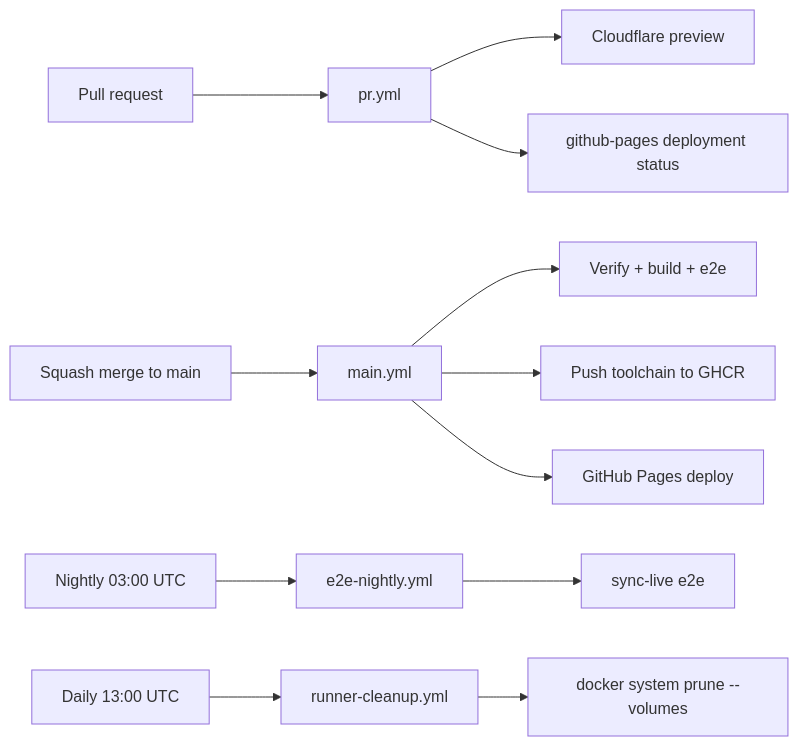
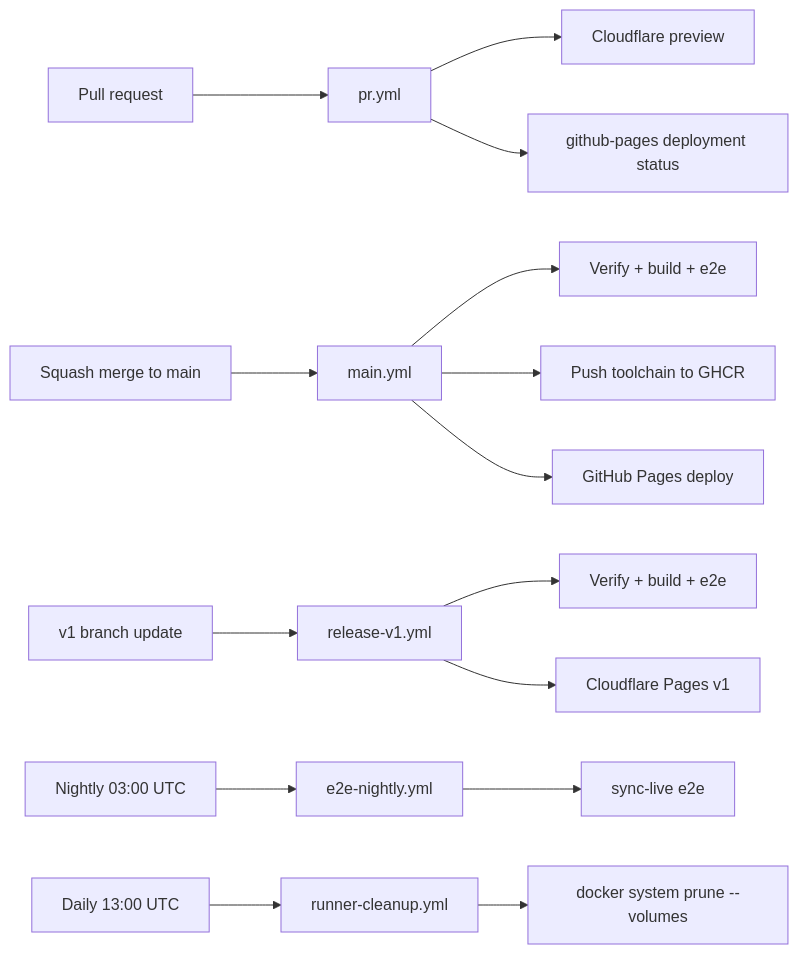
Before and after one commit to meta-secret/nook: the diagram in .cortex/workflows/ci-pipeline.md, drawn with Mermaid. The commit also changed other lines of this file and 17 other files, not shown here.

````diff
--- a/.cortex/workflows/ci-pipeline.md
+++ b/.cortex/workflows/ci-pipeline.md
@@ -15,17 +16,21 @@
 ```mermaid
 flowchart LR
   PR[Pull request] --> pr_yml[pr.yml]
   pr_yml --> preview[Cloudflare preview]
   pr_yml --> pr_deployment[github-pages deployment status]
 
   merge[Squash merge to main] --> main_yml[main.yml]
   main_yml --> main_verify[Verify + build + e2e]
   main_yml --> toolchain_push[Push toolchain to GHCR]
   main_yml --> pages[GitHub Pages deploy]
 
+  release[v1 branch update] --> release_yml[release-v1.yml]
+  release_yml --> release_verify[Verify + build + e2e]
+  release_yml --> cf_v1[Cloudflare Pages v1]
+
   cron[Nightly 03:00 UTC] --> nightly[e2e-nightly.yml]
   nightly --> e2e_live[sync-live e2e]
 
   cleanup_cron[Daily 13:00 UTC] --> cleanup[runner-cleanup.yml]
   cleanup --> docker_prune["docker system prune --volumes"]
 ```
````
